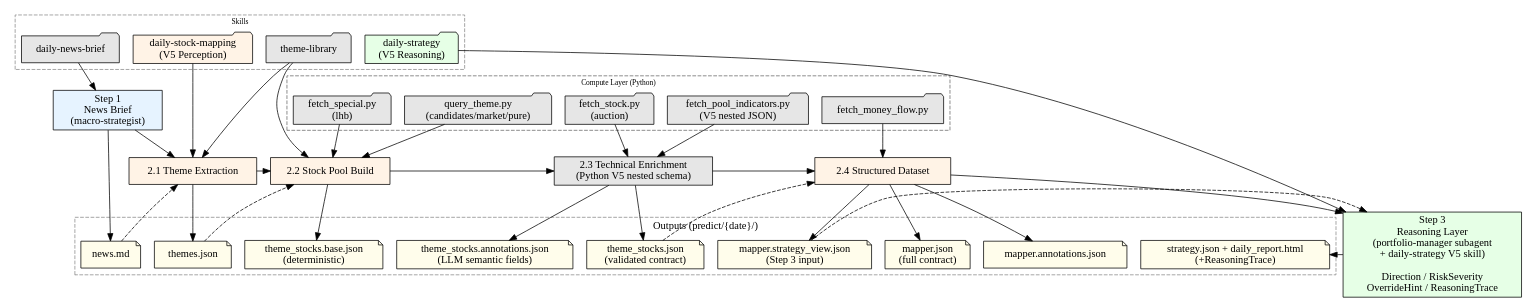
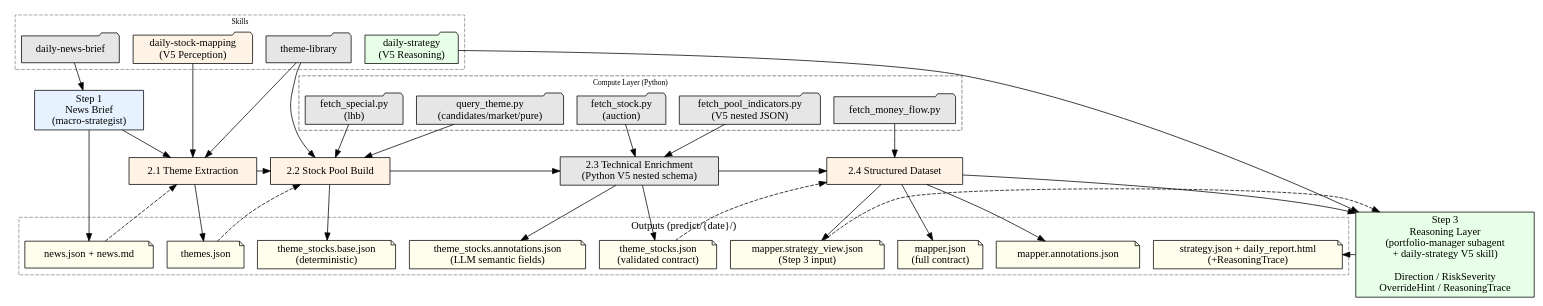
Before and after one commit to mysll/ashare-pilot: the diagram in .opencode/skills/daily-market-analysis/SKILL.md, drawn with Graphviz. The commit also changed other lines of this file and 7 other files, not shown here.

Commit message:
update：add news json

```diff
--- a/.opencode/skills/daily-market-analysis/SKILL.md
+++ b/.opencode/skills/daily-market-analysis/SKILL.md
@@ -75,7 +75,7 @@
         style=dashed;
         color="#888888";
 
-        "news.md" [shape=note, style=filled, fillcolor="#fffdeb"];
+        "news.json + news.md" [shape=note, style=filled, fillcolor="#fffdeb"];
         "themes.json" [shape=note, style=filled, fillcolor="#fffdeb"];
         "theme_stocks.base.json\n(deterministic)" [shape=note, style=filled, fillcolor="#fffdeb"];
         "theme_stocks.annotations.json\n(LLM semantic fields)" [shape=note, style=filled, fillcolor="#fffdeb"];
@@ -94,7 +94,7 @@
     "2.4 Structured Dataset" -> "Step 3: Reasoning";
 
     // Output file writes
-    "Step 1: News Brief" -> "news.md";
+    "Step 1: News Brief" -> "news.json + news.md";
     "2.1 Theme Extraction" -> "themes.json";
     "2.2 Stock Pool Build" -> "theme_stocks.base.json\n(deterministic)";
     "2.3 Technical Enrichment\n(Python V5 nested schema)" -> "theme_stocks.annotations.json\n(LLM semantic fields)";
@@ -121,7 +121,7 @@
     // Inter-stage file reads (dashed)
     "themes.json" -> "2.2 Stock Pool Build" [style=dashed];
     "theme_stocks.json\n(validated contract)" -> "2.4 Structured Dataset" [style=dashed];
-    "news.md" -> "2.1 Theme Extraction" [style=dashed];
+    "news.json + news.md" -> "2.1 Theme Extraction" [style=dashed];
     "mapper.strategy_view.json\n(Step 3 input)" -> "Step 3: Reasoning" [style=dashed];
 
     // V5 architecture annotation
```
